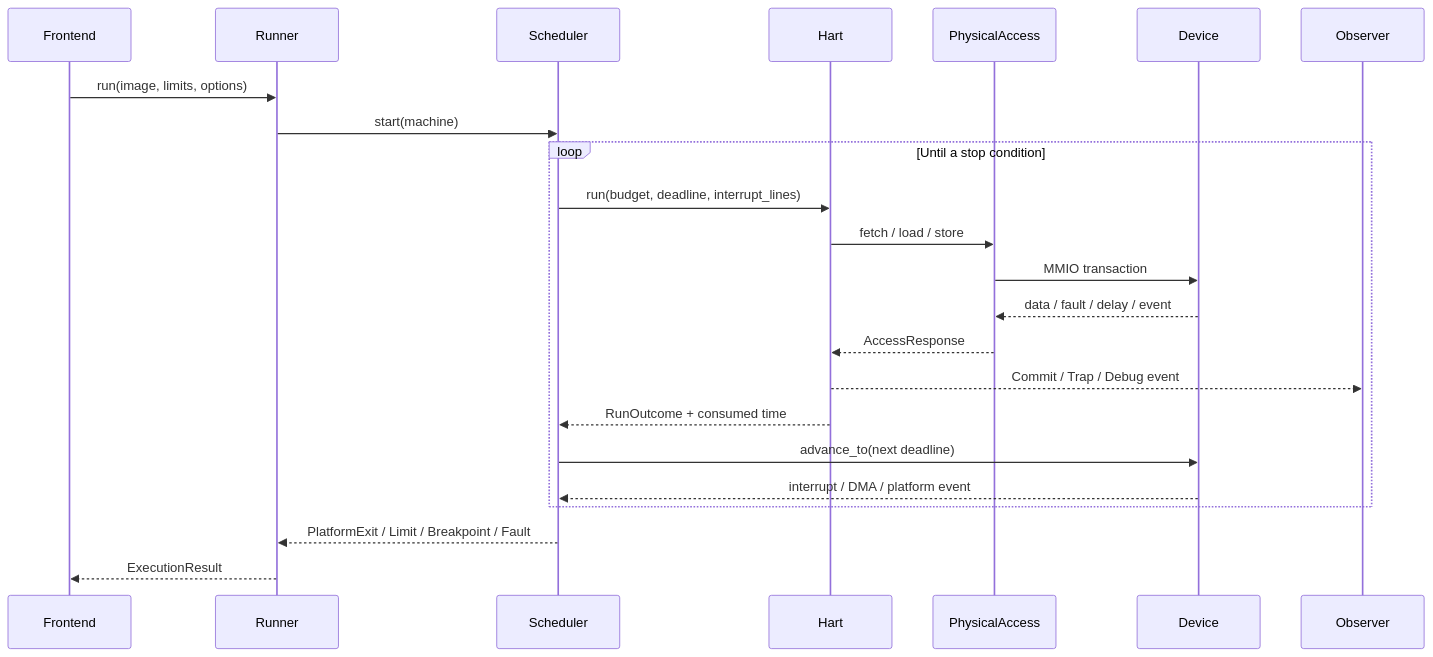
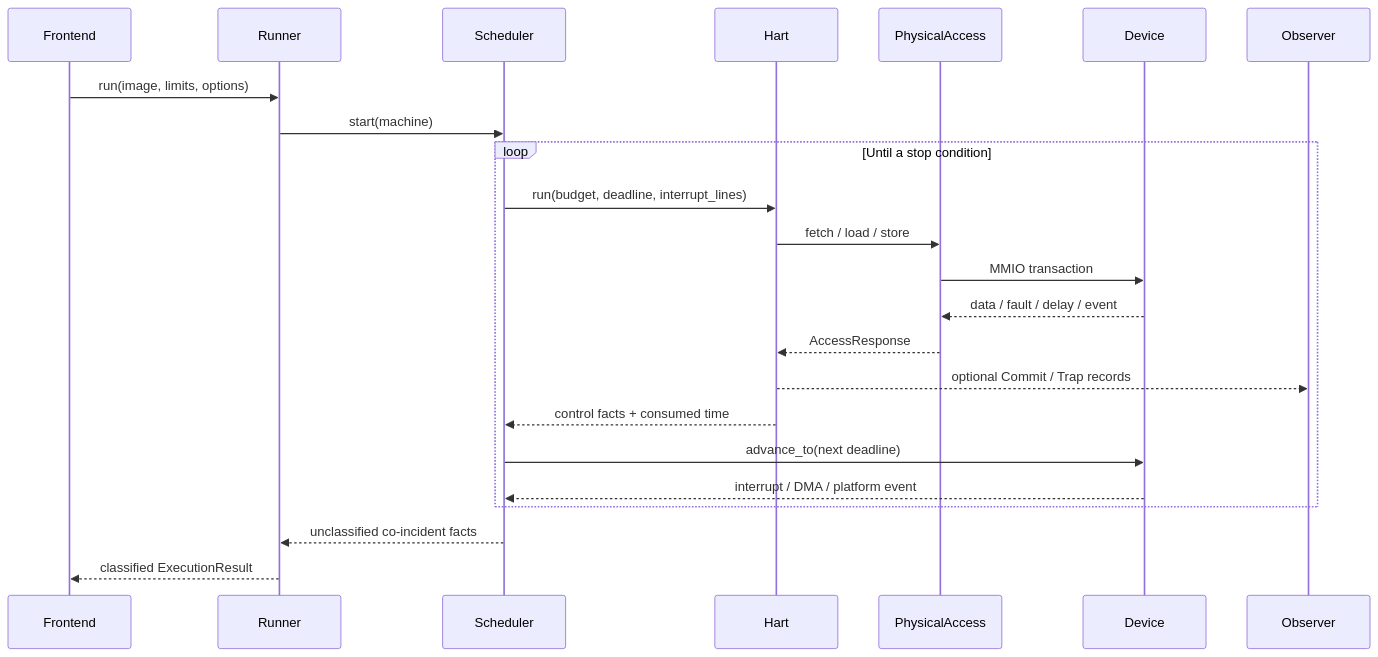
Before and after one commit to mimiqdev/ruscv-sim: the seventh of 8 diagrams in docs/architecture/README.md, drawn with Mermaid. The commit also changed other lines of this file and 5 other files, not shown here.

First line of the commit message:
docs(architecture): reconcile proposed ISS/VP contracts (#9)

````diff
--- a/docs/architecture/README.md
+++ b/docs/architecture/README.md
@@ -281,28 +286,28 @@
 ```mermaid
 sequenceDiagram
     participant F as Frontend
     participant R as Runner
     participant S as Scheduler
     participant H as Hart
     participant B as PhysicalAccess
     participant D as Device
     participant O as Observer
 
     F->>R: run(image, limits, options)
     R->>S: start(machine)
 
     loop Until a stop condition
         S->>H: run(budget, deadline, interrupt_lines)
         H->>B: fetch / load / store
         B->>D: MMIO transaction
         D-->>B: data / fault / delay / event
         B-->>H: AccessResponse
-        H-->>O: Commit / Trap / Debug event
-        H-->>S: RunOutcome + consumed time
+        H-->>O: optional Commit / Trap records
+        H-->>S: control facts + consumed time
         S->>D: advance_to(next deadline)
         D-->>S: interrupt / DMA / platform event
     end
 
-    S-->>R: PlatformExit / Limit / Breakpoint / Fault
-    R-->>F: ExecutionResult
+    S-->>R: unclassified co-incident facts
+    R-->>F: classified ExecutionResult
 ```
````
